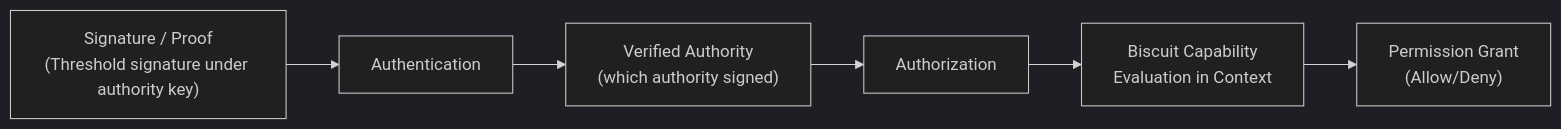
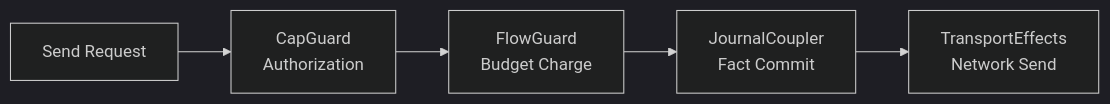
The diagram in docs/001_system_architecture.md (hxrts/aura), drawn with Mermaid (dark theme) before and after one commit. The commit also changed other lines of this file and 317 other files, not shown here.

````diff
--- a/docs/001_system_architecture.md
+++ b/docs/001_system_architecture.md
@@ -514,8 +66,7 @@
 ```mermaid
-graph LR
-    A["Signature / Proof<br/>(Threshold signature under authority key)"] --> B["Authentication"]
-    B --> C["Verified Authority<br/>(which authority signed)"]
-    C --> D["Authorization"]
-    D --> E["Biscuit Capability<br/>Evaluation in Context"]
-    E --> F["Permission Grant<br/>(Allow/Deny)"]
+flowchart LR
+    A[Send Request] --> B[CapGuard<br/>Authorization];
+    B --> C[FlowGuard<br/>Budget Charge];
+    C --> D[JournalCoupler<br/>Fact Commit];
+    D --> E[TransportEffects<br/>Network Send];
 ```
````
